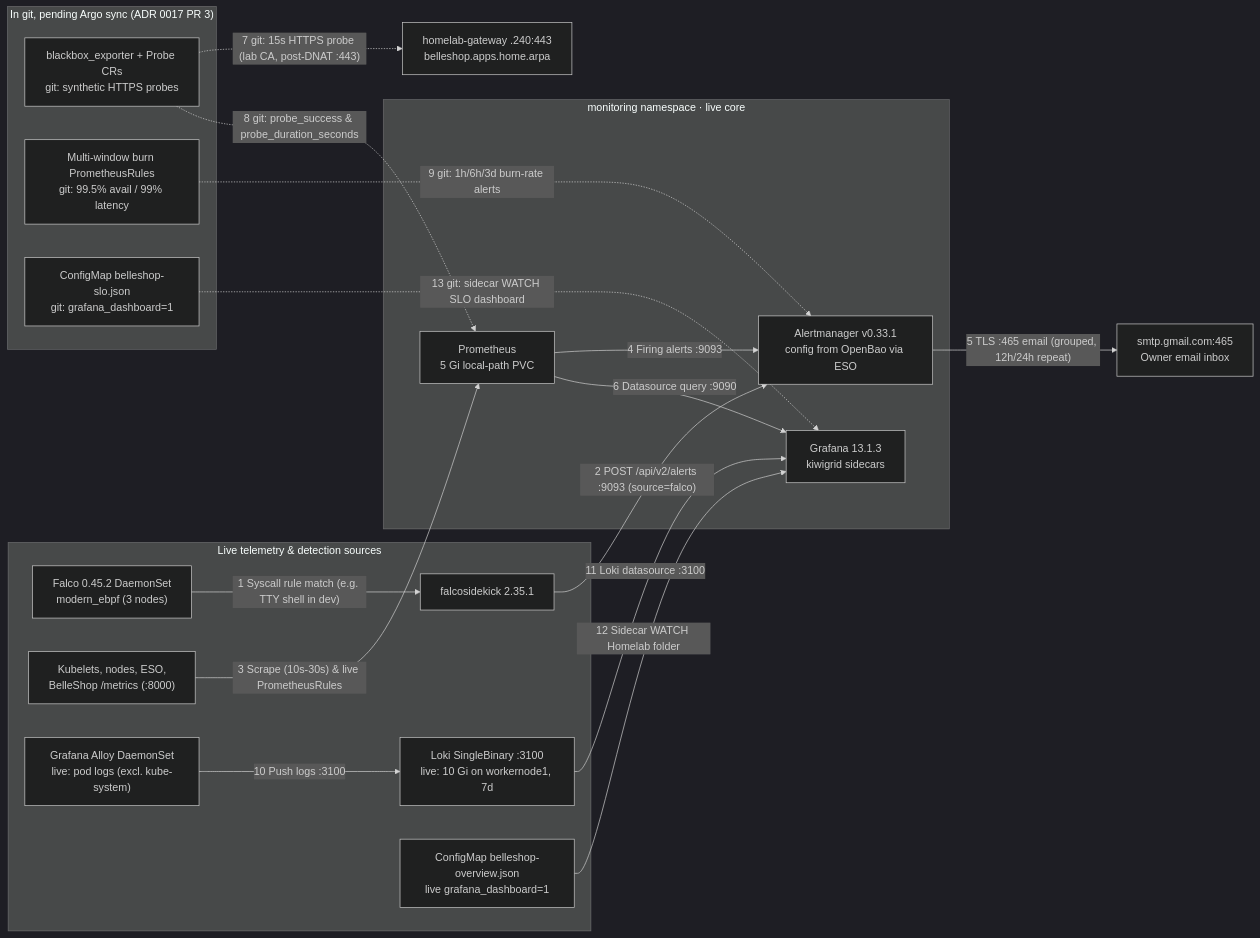
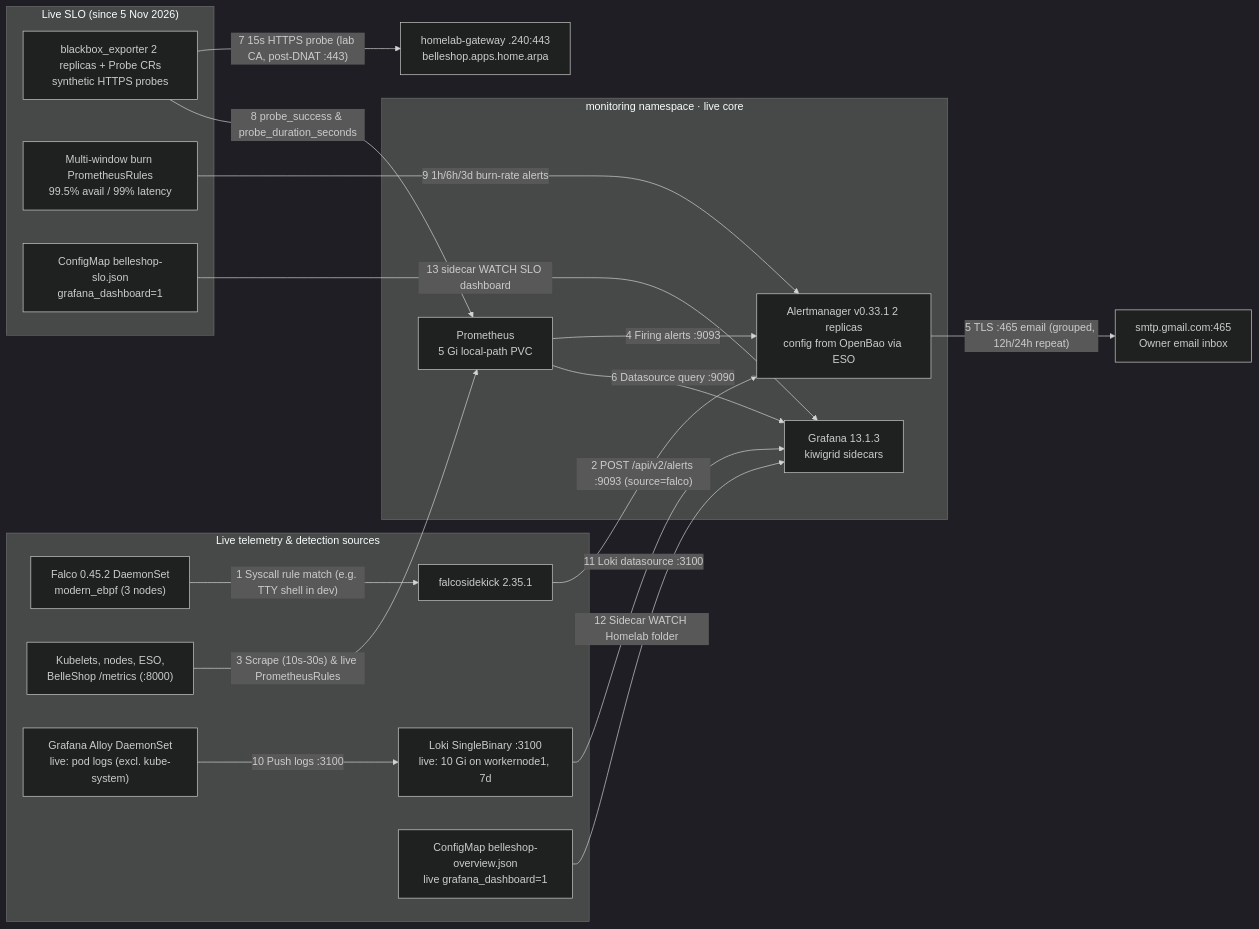
Before and after one commit to salamituns/homelab-platform: the fourth of 4 diagrams in docs/architecture.md, drawn with Mermaid (dark theme). The commit also changed other lines of this file and 9 other files, not shown here.

First line of the commit message:
Catch architecture and ADRs up to live 7 Nov facts (SLOs, AM HA, Cosign, webhooks).

````diff
--- a/docs/architecture.md
+++ b/docs/architecture.md
@@ -319,41 +320,41 @@
 ```mermaid
 flowchart LR
   subgraph LIVE_SRC["Live telemetry & detection sources"]
     ebpf["Falco 0.45.2 DaemonSet<br/>modern_ebpf (3 nodes)"]
     sidekick["falcosidekick 2.35.1"]
     targets["Kubelets, nodes, ESO,<br/>BelleShop /metrics (:8000)"]
     alloy["Grafana Alloy DaemonSet<br/>live: pod logs (excl. kube-system)"]
     loki["Loki SingleBinary :3100<br/>live: 10 Gi on workernode1, 7d"]
     overview["ConfigMap belleshop-overview.json<br/>live grafana_dashboard=1"]
   end
 
-  subgraph PLANNED_SRC["In git, pending Argo sync (ADR 0017 PR 3)"]
-    bbox["blackbox_exporter + Probe CRs<br/>git: synthetic HTTPS probes"]
-    slorules["Multi-window burn PrometheusRules<br/>git: 99.5% avail / 99% latency"]
-    slodash["ConfigMap belleshop-slo.json<br/>git: grafana_dashboard=1"]
+  subgraph SLO_SRC["Live SLO (since 5 Nov 2026)"]
+    bbox["blackbox_exporter 2 replicas + Probe CRs<br/>synthetic HTTPS probes"]
+    slorules["Multi-window burn PrometheusRules<br/>99.5% avail / 99% latency"]
+    slodash["ConfigMap belleshop-slo.json<br/>grafana_dashboard=1"]
   end
 
   subgraph MON["monitoring namespace · live core"]
     prom["Prometheus<br/>5 Gi local-path PVC"]
-    am["Alertmanager v0.33.1<br/>config from OpenBao via ESO"]
+    am["Alertmanager v0.33.1 2 replicas<br/>config from OpenBao via ESO"]
     graf["Grafana 13.1.3<br/>kiwigrid sidecars"]
   end
 
   gw240["homelab-gateway .240:443<br/>belleshop.apps.home.arpa"]
   smtp["smtp.gmail.com:465<br/>Owner email inbox"]
 
   ebpf -- "1 Syscall rule match (e.g. TTY shell in dev)" --> sidekick
   sidekick -- "2 POST /api/v2/alerts :9093 (source=falco)" --> am
   targets -- "3 Scrape (10s-30s) & live PrometheusRules" --> prom
   prom -- "4 Firing alerts :9093" --> am
   am -- "5 TLS :465 email (grouped, 12h/24h repeat)" --> smtp
   prom -- "6 Datasource query :9090" --> graf
   alloy -- "10 Push logs :3100" --> loki
   loki -- "11 Loki datasource :3100" --> graf
   overview -- "12 Sidecar WATCH Homelab folder" --> graf
 
-  bbox -. "7 git: 15s HTTPS probe (lab CA, post-DNAT :443)" .-> gw240
-  bbox -. "8 git: probe_success & probe_duration_seconds" .-> prom
-  slorules -. "9 git: 1h/6h/3d burn-rate alerts" .-> am
-  slodash -. "13 git: sidecar WATCH SLO dashboard" .-> graf
+  bbox -- "7 15s HTTPS probe (lab CA, post-DNAT :443)" --> gw240
+  bbox -- "8 probe_success & probe_duration_seconds" --> prom
+  slorules -- "9 1h/6h/3d burn-rate alerts" --> am
+  slodash -- "13 sidecar WATCH SLO dashboard" --> graf
 ```
````
